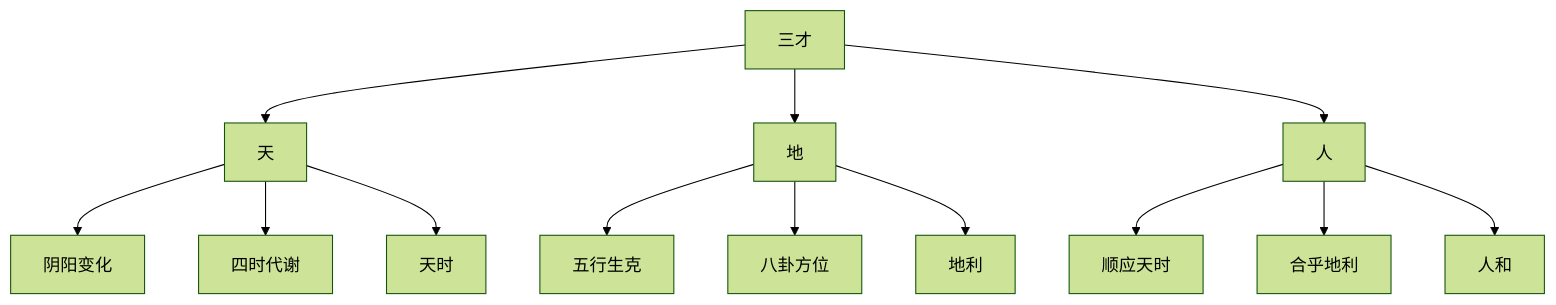
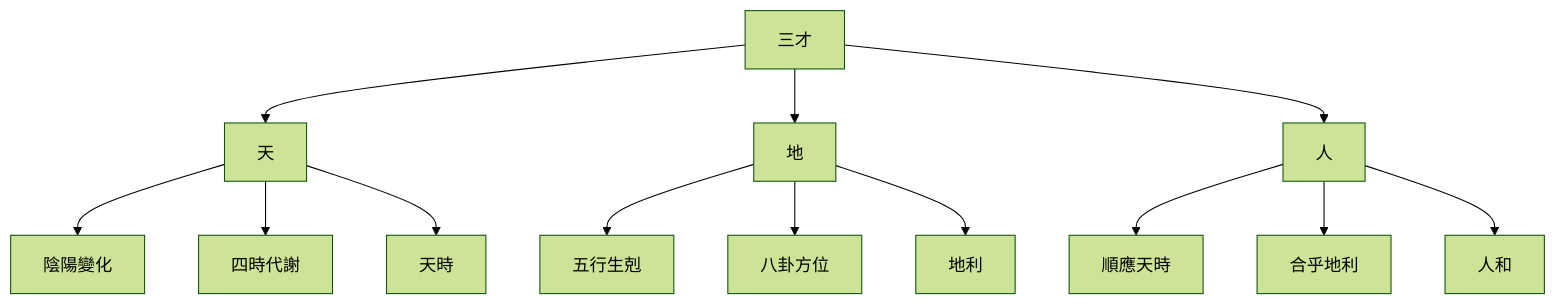
Before and after one commit to kmjade/knowledge-value: the fifth of 5 diagrams in 3 Resources/04-Interests/易学/易学知识库导航.md, drawn with Mermaid (forest theme). The commit also changed other lines of this file and 49 other files, not shown here.

````diff
--- a/3 Resources/04-Interests/易学/易学知识库导航.md
+++ b/3 Resources/04-Interests/易学/易学知识库导航.md
@@ -131,18 +121,18 @@
 ```mermaid
 graph TB
     A[三才] --> B[天]
     A --> C[地]
     A --> D[人]
     
-    B --> B1[阴阳变化]
-    B --> B2[四时代谢]
-    B --> B3[天时]
+    B --> B1[陰陽變化]
+    B --> B2[四時代謝]
+    B --> B3[天時]
     
-    C --> C1[五行生克]
+    C --> C1[五行生剋]
     C --> C2[八卦方位]
     C --> C3[地利]
     
-    D --> D1[顺应天时]
+    D --> D1[順應天時]
     D --> D2[合乎地利]
     D --> D3[人和]
 ```
````
